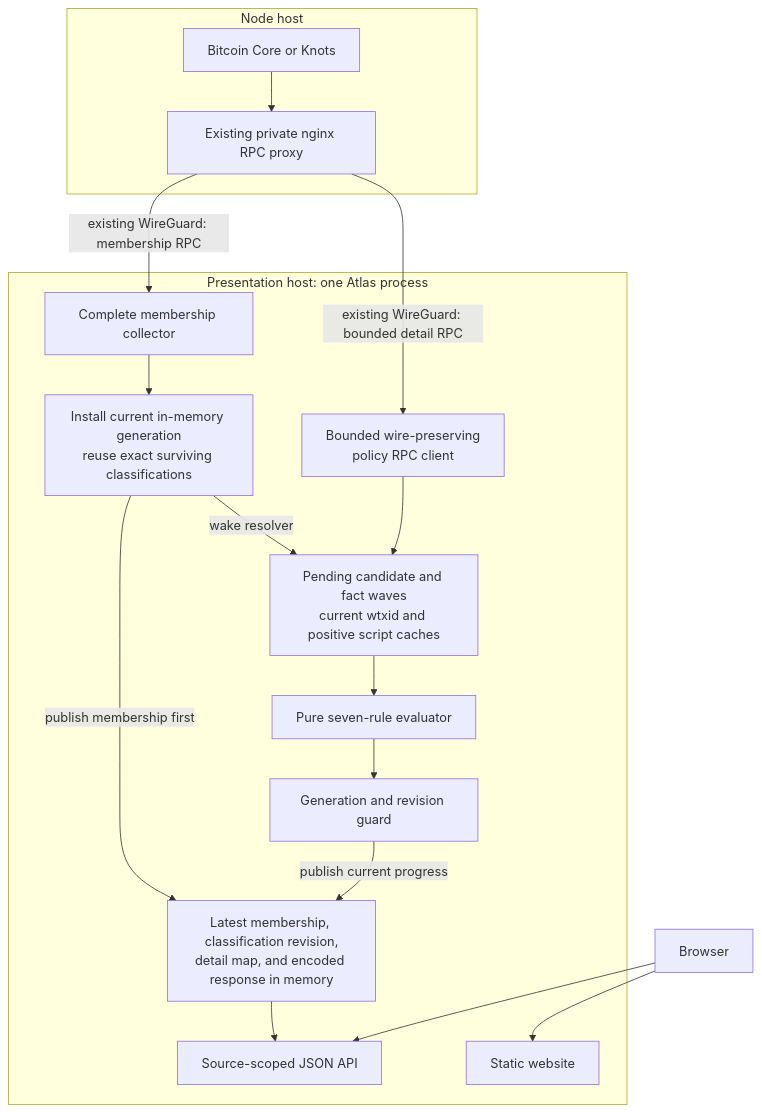
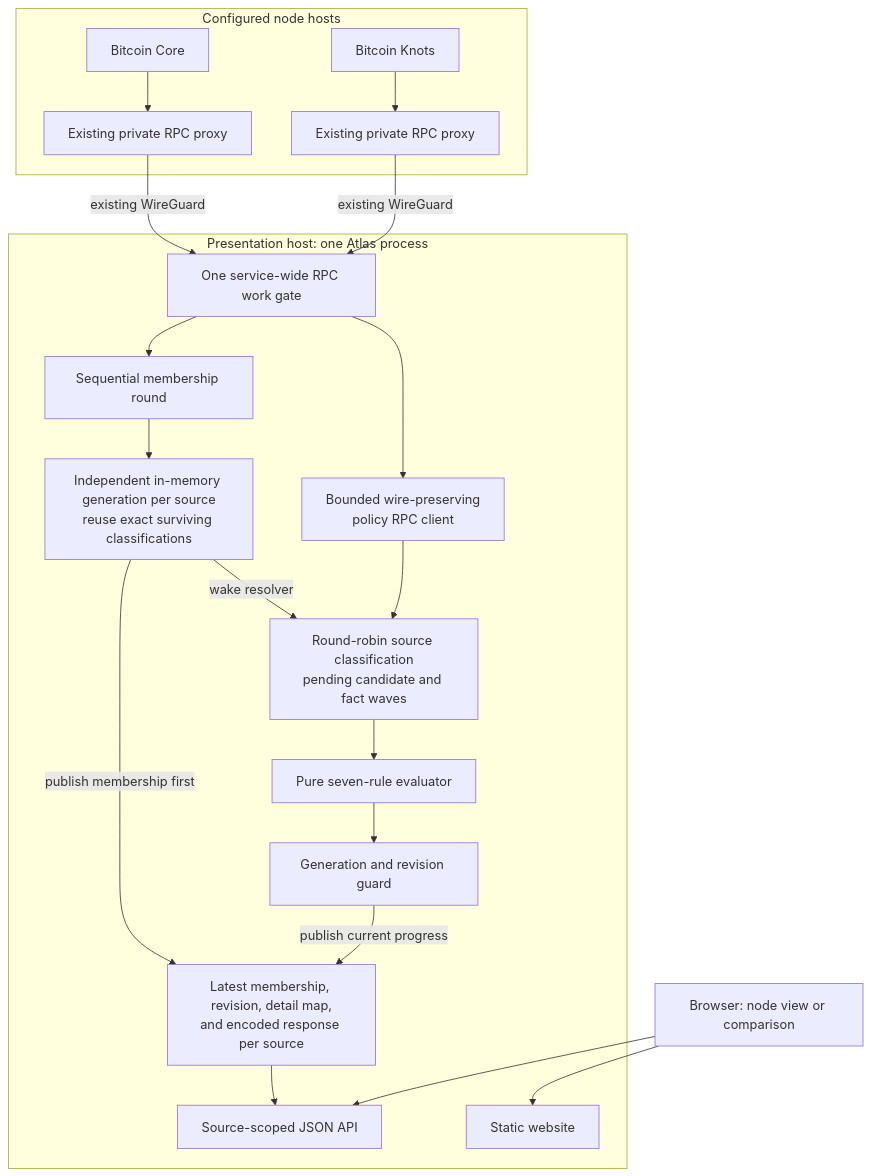
One commit to deadmanoz/mempool-atlas changed the diagram in docs/architecture.md. Above: the diagram before and after it, drawn with Mermaid. The commit also changed other lines of this file and 27 other files, not shown here.

Commit message:
feat(atlas): add bounded snapshot comparison

````diff
--- a/docs/architecture.md
+++ b/docs/architecture.md
@@ -14,33 +18,35 @@
 ```mermaid
 flowchart TB
-    subgraph node["Node host"]
-        bitcoind["Bitcoin Core or Knots"]
-        rpc_proxy["Existing private nginx RPC proxy"]
-        bitcoind --> rpc_proxy
+    subgraph nodes["Configured node hosts"]
+        core["Bitcoin Core"] --> core_proxy["Existing private RPC proxy"]
+        knots["Bitcoin Knots"] --> knots_proxy["Existing private RPC proxy"]
     end
 
     subgraph presentation["Presentation host: one Atlas process"]
-        membership["Complete membership collector"]
-        generation["Install current in-memory generation<br/>reuse exact surviving classifications"]
+        gate["One service-wide RPC work gate"]
+        membership["Sequential membership round"]
+        generation["Independent in-memory generation per source<br/>reuse exact surviving classifications"]
         policy_rpc["Bounded wire-preserving<br/>policy RPC client"]
-        enrichment["Pending candidate and fact waves<br/>current wtxid and positive script caches"]
+        enrichment["Round-robin source classification<br/>pending candidate and fact waves"]
         evaluator["Pure seven-rule evaluator"]
         guard["Generation and revision guard"]
-        current["Latest membership, classification revision,<br/>detail map, and encoded response in memory"]
+        current["Latest membership, revision, detail map,<br/>and encoded response per source"]
         api["Source-scoped JSON API"]
         static["Static website"]
+        gate --> membership
         membership --> generation
         generation -->|"publish membership first"| current
         generation -->|"wake resolver"| enrichment
+        gate --> policy_rpc
         enrichment --> evaluator
         evaluator --> guard
         guard -->|"publish current progress"| current
         current --> api
     end
 
-    rpc_proxy -->|"existing WireGuard: membership RPC"| membership
-    rpc_proxy -->|"existing WireGuard: bounded detail RPC"| policy_rpc
+    core_proxy -->|"existing WireGuard"| gate
+    knots_proxy -->|"existing WireGuard"| gate
     policy_rpc --> enrichment
-    browser["Browser"] --> static
+    browser["Browser: node view or comparison"] --> static
     browser --> api
 ```
````
